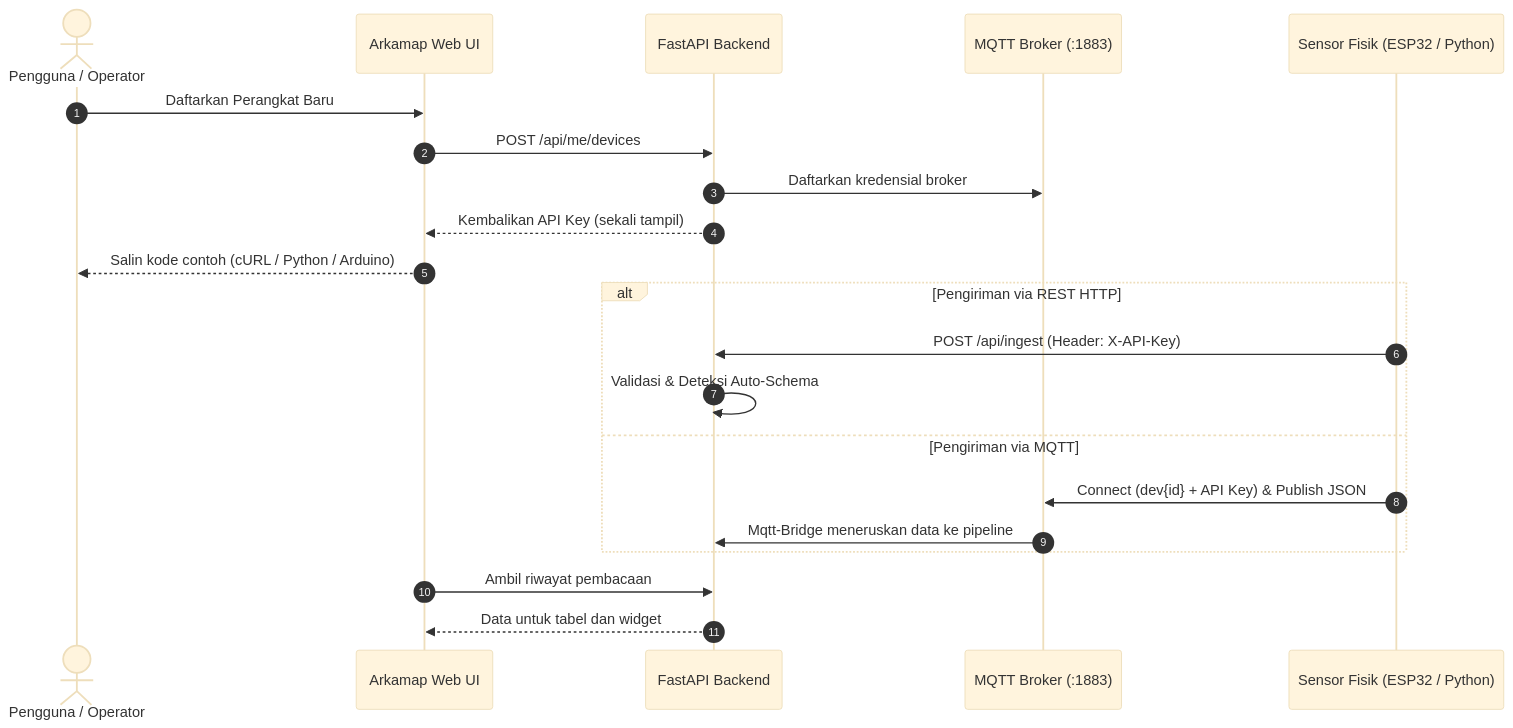
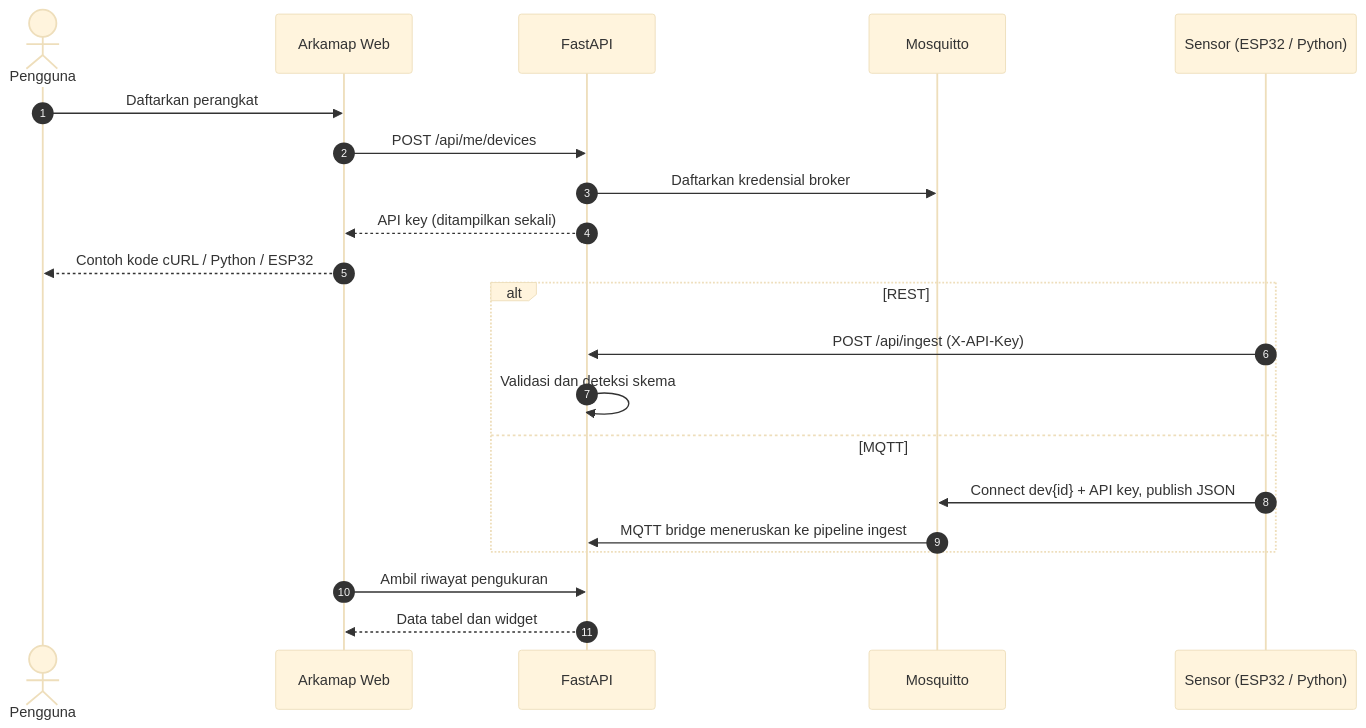
The second of 2 diagrams in README.md (ex-machina-org/arkamap), drawn with Mermaid (base theme) before and after one commit. The commit also changed other lines of this file, not shown here.

````diff
--- a/README.md
+++ b/README.md
@@ -265,25 +262,26 @@
 ```mermaid
 sequenceDiagram
     autonumber
-    actor Pengguna as Pengguna / Operator
-    participant UI as Arkamap Web UI
-    participant API as FastAPI Backend
-    participant Mosq as MQTT Broker (:1883)
-    participant Device as Sensor Fisik (ESP32 / Python)
+    actor User as Pengguna
+    participant UI as Arkamap Web
+    participant API as FastAPI
+    participant Broker as Mosquitto
+    participant Device as Sensor (ESP32 / Python)
 
-    Pengguna->>UI: Daftarkan Perangkat Baru
+    User->>UI: Daftarkan perangkat
     UI->>API: POST /api/me/devices
-    API->>Mosq: Daftarkan kredensial broker
-    API-->>UI: Kembalikan API Key (sekali tampil)
-    UI-->>Pengguna: Salin kode contoh (cURL / Python / Arduino)
+    API->>Broker: Daftarkan kredensial broker
+    API-->>UI: API key (ditampilkan sekali)
+    UI-->>User: Contoh kode cURL / Python / ESP32
 
-    alt Pengiriman via REST HTTP
-        Device->>API: POST /api/ingest (Header: X-API-Key)
-        API->>API: Validasi & Deteksi Auto-Schema
-    else Pengiriman via MQTT
-        Device->>Mosq: Connect (dev{id} + API Key) & Publish JSON
-        Mosq->>API: Mqtt-Bridge meneruskan data ke pipeline
+    alt REST
+        Device->>API: POST /api/ingest (X-API-Key)
+        API->>API: Validasi dan deteksi skema
+    else MQTT
+        Device->>Broker: Connect dev{id} + API key, publish JSON
+        Broker->>API: MQTT bridge meneruskan ke pipeline ingest
     end
-    UI->>API: Ambil riwayat pembacaan
-    API-->>UI: Data untuk tabel dan widget
+
+    UI->>API: Ambil riwayat pengukuran
+    API-->>UI: Data tabel dan widget
 ```
````
